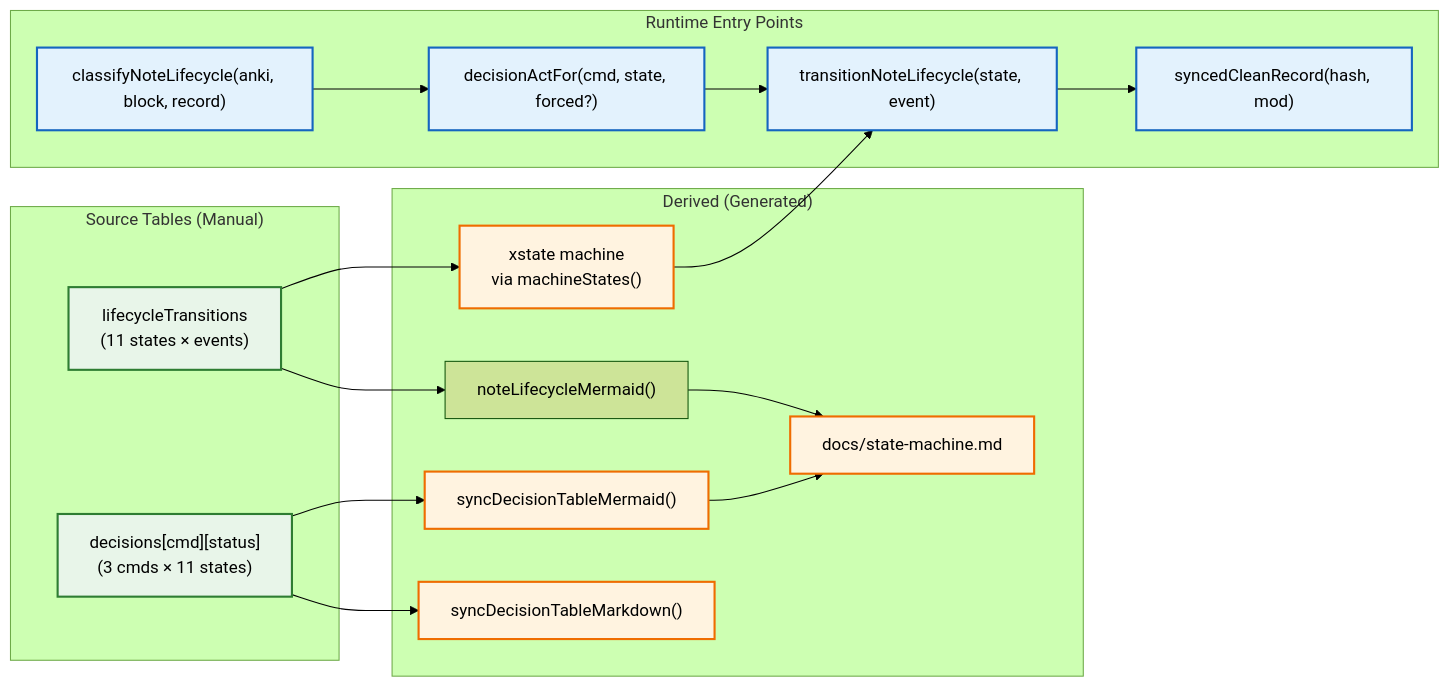
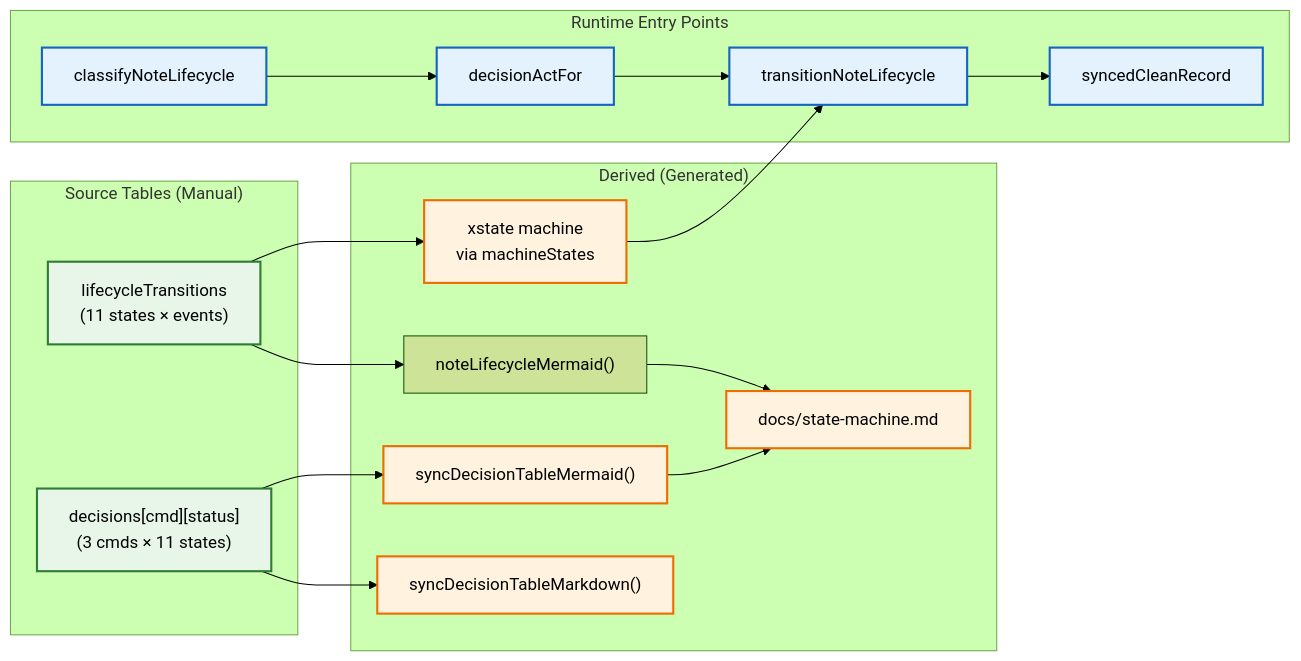
The fourth of 6 diagrams in docs/state-machine.md (Karol-Szykula/AnkiPalace), drawn with Mermaid (forest theme) before and after one commit. The commit also changed other lines of this file and 2 other files, not shown here.

Commit message:
Fix mermaid rendering

````diff
--- a/docs/state-machine.md
+++ b/docs/state-machine.md
@@ -236,45 +233,42 @@
 ```mermaid
 flowchart LR
-  subgraph "Source Tables (Manual)"
-    LT["lifecycleTransitions
-(11 states × events)"]
-    DT["decisions[cmd][status]
-(3 cmds × 11 states)"]
+  subgraph SOURCE["Source Tables (Manual)"]
+    LT["lifecycleTransitions<br/>(11 states × events)"]
+    DT["decisions[cmd][status]<br/>(3 cmds × 11 states)"]
   end
 
-  subgraph "Derived (Generated)"
-    XSTATE["xstate machine
-via machineStates()"]
+  subgraph GEN["Derived (Generated)"]
+    XSTATE["xstate machine<br/>via machineStates"]
     MERMAID_LC["noteLifecycleMermaid()"]
     MERMAID_DT["syncDecisionTableMermaid()"]
     MD_TABLE["syncDecisionTableMarkdown()"]
     DOC["docs/state-machine.md"]
   end
 
-  subgraph "Runtime Entry Points"
-    CLASSIFY["classifyNoteLifecycle(anki, block, record)"]
-    DECIDE["decisionActFor(cmd, state, forced?)"]
-    TRANSIT["transitionNoteLifecycle(state, event)"]
-    LEDGER["syncedCleanRecord(hash, mod)"]
+  subgraph RUNTIME["Runtime Entry Points"]
+    CLASSIFY["classifyNoteLifecycle"]
+    DECIDE["decisionActFor"]
+    TRANSIT["transitionNoteLifecycle"]
+    LEDGER["syncedCleanRecord"]
   end
 
   LT --> XSTATE
   LT --> MERMAID_LC
   DT --> MERMAID_DT
   DT --> MD_TABLE
   MERMAID_LC --> DOC
   MERMAID_DT --> DOC
   XSTATE --> TRANSIT
 
   CLASSIFY --> DECIDE
   DECIDE --> TRANSIT
   TRANSIT --> LEDGER
 
   classDef src fill:#e8f5e9,stroke:#2e7d32,stroke-width:2px;
   classDef gen fill:#fff3e0,stroke:#ef6c00,stroke-width:2px;
   classDef run fill:#e3f2fd,stroke:#1565c0,stroke-width:2px;
   classDef doc fill:#fce4ec,stroke:#c2185b,stroke-width:2px;
   class LT,DT src;
   class XSTATE,MERMAID_DT,MD_TABLE,DOC gen;
   class CLASSIFY,DECIDE,TRANSIT,LEDGER run;
 ```
````
